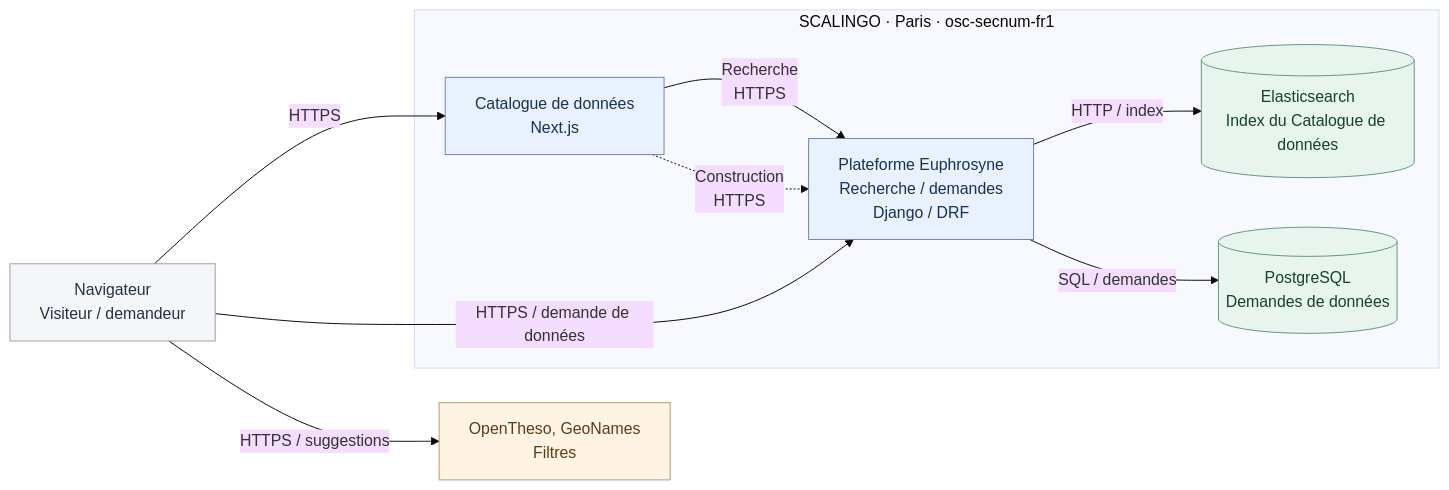
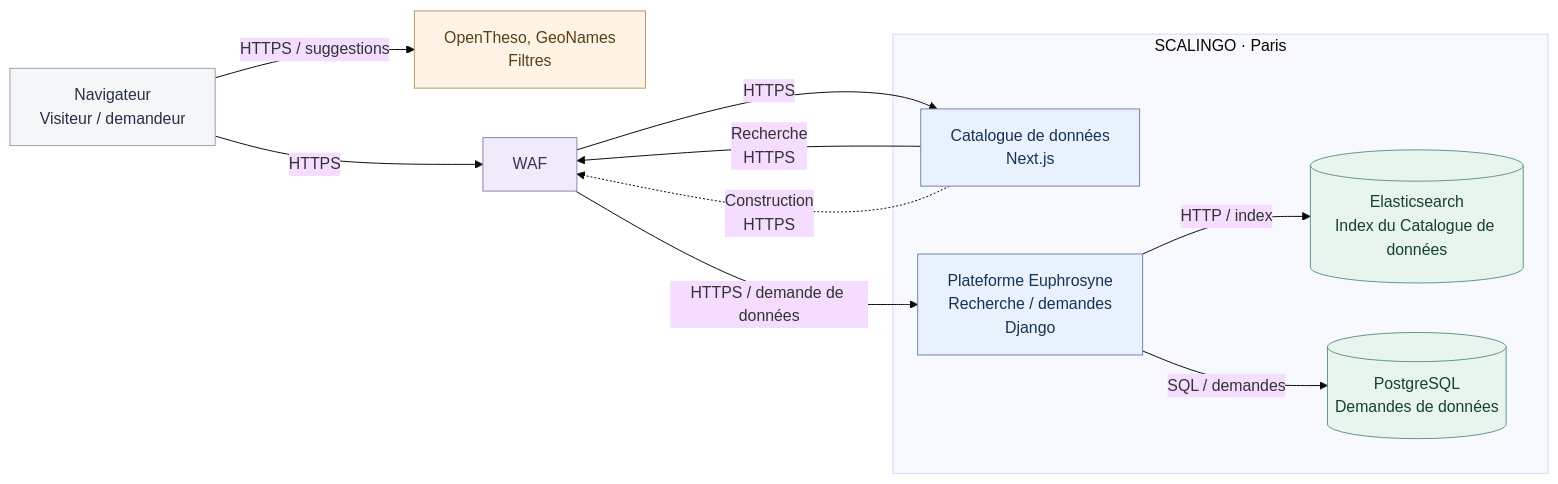
Before and after one commit to betagouv/euphrosyne: the diagram in docs/technical_architecture_document/assets/services-catalogue.mmd, drawn with Mermaid (base theme). The commit also changed 14 other files, not shown here.

```diff
--- a/docs/technical_architecture_document/assets/services-catalogue.mmd
+++ b/docs/technical_architecture_document/assets/services-catalogue.mmd
@@ -1,27 +1,30 @@
 flowchart LR
   user["Navigateur<br/>Visiteur / demandeur"]
-  subgraph scale["SCALINGO · Paris · osc-secnum-fr1"]
+  subgraph scale["SCALINGO · Paris"]
     digi["Catalogue de données<br/>Next.js"]
-    api["Plateforme Euphrosyne<br/>Recherche / demandes<br/>Django / DRF"]
+    api["Plateforme Euphrosyne<br/>Recherche / demandes<br/>Django"]
     es[("Elasticsearch<br/>Index du Catalogue de données")]
     pg[("PostgreSQL<br/>Demandes de données")]
-    digi -->|"Recherche<br/>HTTPS"| api
-    digi -.->|"Construction<br/>HTTPS"| api
     api -->|"HTTP / index"| es
     api -->|"SQL / demandes"| pg
 
   end
   refs["OpenTheso, GeoNames<br/>Filtres"]
-  user -->|"HTTPS"| digi
-  user -->|"HTTPS / demande de données"| api
+  waf["WAF"]
+  user -->|"HTTPS"| waf
+  waf -->|"HTTPS"| digi
+  waf -->|"HTTPS / demande de données"| api
+  digi -->|"Recherche<br/>HTTPS"| waf
+  digi -.->|"Construction<br/>HTTPS"| waf
   user -->|"HTTPS / suggestions"| refs
 
   classDef app fill:#e9f1ff,stroke:#6b87b0,color:#18324f;
   classDef data fill:#e7f5ee,stroke:#669681,color:#17402d;
   classDef access fill:#f5f6f8,stroke:#97a2b1,color:#243143;
   classDef external fill:#fff3e3,stroke:#b69969,color:#593f19;
   classDef control fill:#f0ebfa,stroke:#9480b1,color:#403057;
   class digi,api app;
   class pg,es data;
   class user access;
   class refs external;
+  class waf control;
```
